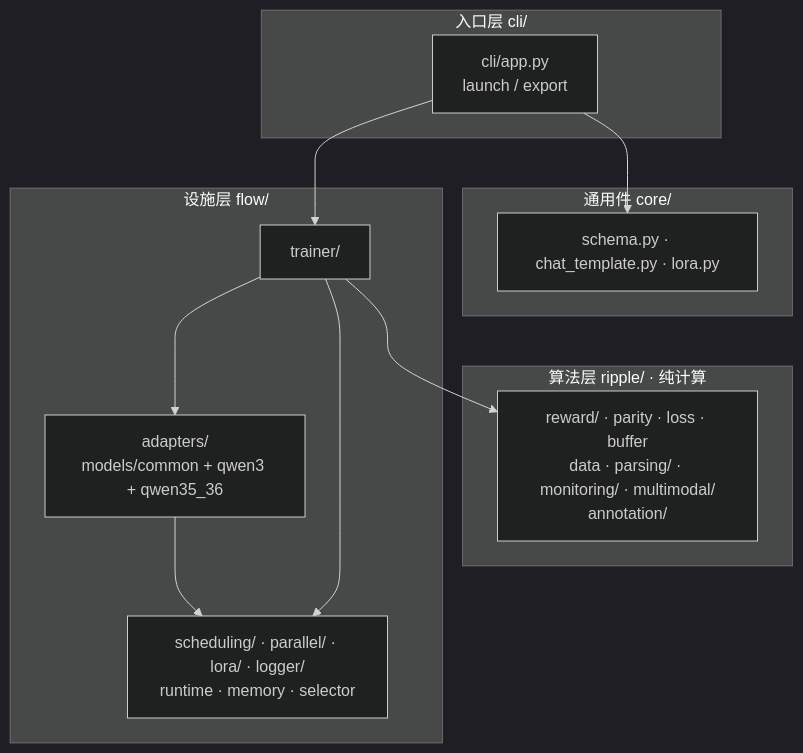
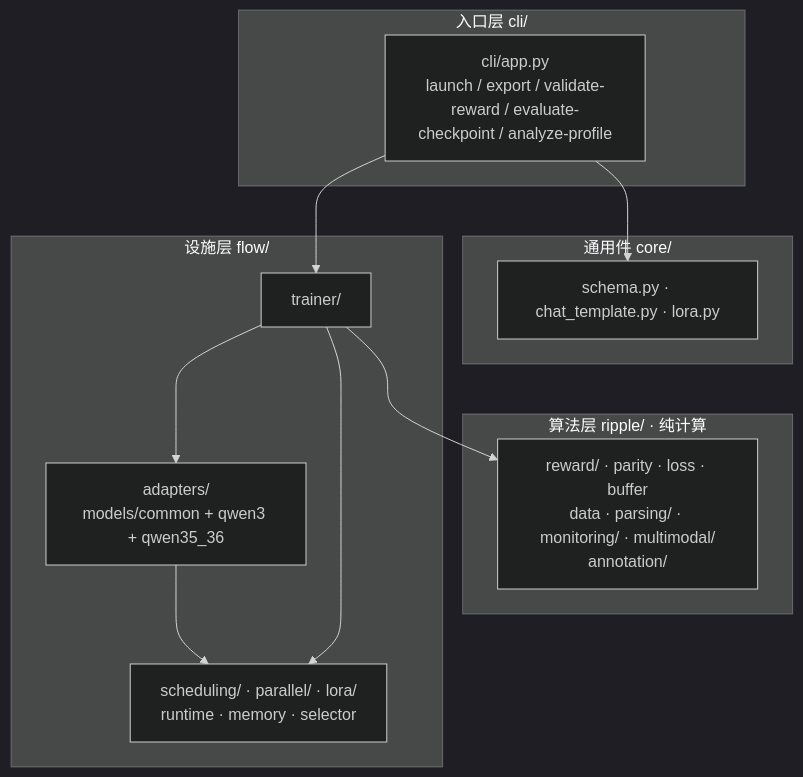
One commit to godthrone/graspo changed the first of 4 diagrams in docs/architecture.md. Above: the diagram before and after it, drawn with Mermaid (dark theme). The commit also changed 6 other files, not shown here.

````diff
--- a/docs/architecture.md
+++ b/docs/architecture.md
@@ -13,23 +13,23 @@
 ```mermaid
 flowchart TB
     subgraph L0 ["入口层 cli/"]
-        CLI["cli/app.py<br/>launch / export"]
+        CLI["cli/app.py<br/>launch / export / validate-reward / evaluate-checkpoint / analyze-profile"]
     end
     subgraph L1 ["算法层 ripple/ · 纯计算"]
         R["reward/ · parity · loss · buffer<br/>data · parsing/ · monitoring/ · multimodal/<br/>annotation/"]
     end
     subgraph L2 ["通用件 core/"]
         C["schema.py · chat_template.py · lora.py"]
     end
     subgraph L3 ["设施层 flow/"]
         T["trainer/"]
         A["adapters/<br/>models/common + qwen3 + qwen35_36"]
-        S["scheduling/ · parallel/ · lora/ · logger/<br/>runtime · memory · selector"]
+        S["scheduling/ · parallel/ · lora/<br/>runtime · memory · selector"]
     end
     CLI --> C
     CLI --> T
     T --> R
     T --> A
     A --> S
     T --> S
 ```
````
